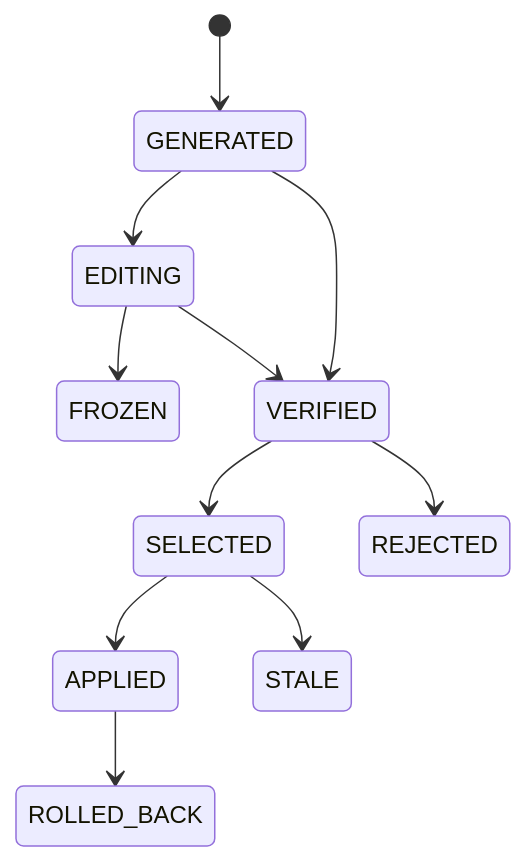
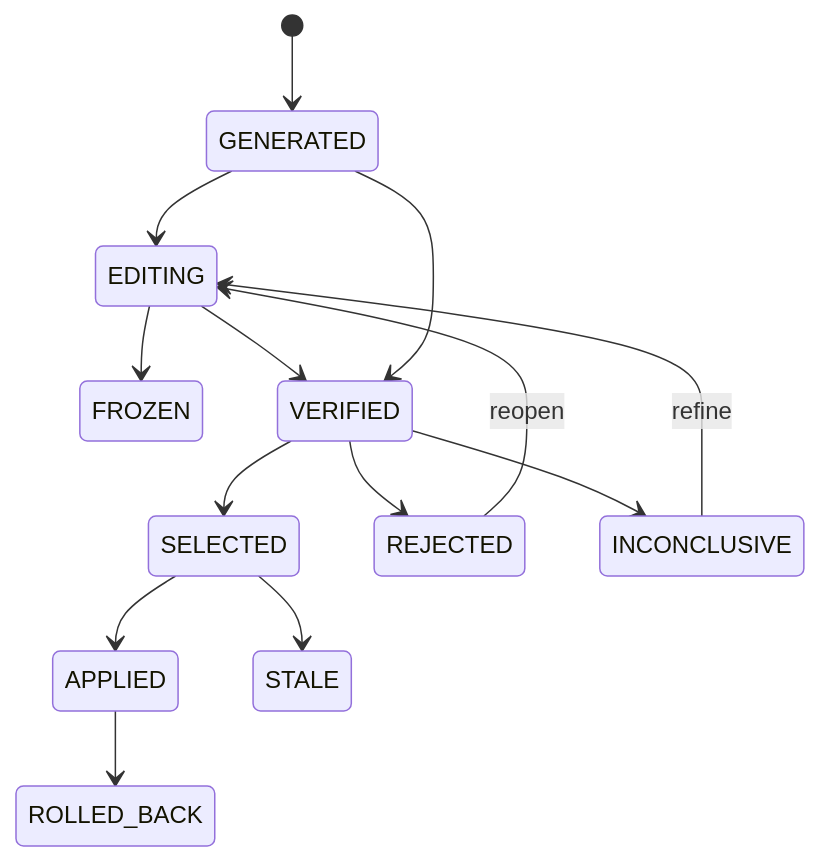
The diagram in docs/concepts/candidate-lifecycle.md (Duck755/Algocode), drawn with Mermaid before and after one commit. The commit also changed other lines of this file and 100 other files, not shown here.

````diff
--- a/docs/concepts/candidate-lifecycle.md
+++ b/docs/concepts/candidate-lifecycle.md
@@ -5,13 +5,16 @@
 ```mermaid
 stateDiagram-v2
     [*] --> GENERATED
     GENERATED --> EDITING
     EDITING --> FROZEN
     EDITING --> VERIFIED
     GENERATED --> VERIFIED
     VERIFIED --> SELECTED
     SELECTED --> APPLIED
     APPLIED --> ROLLED_BACK
     VERIFIED --> REJECTED
+    VERIFIED --> INCONCLUSIVE
+    REJECTED --> EDITING: reopen
+    INCONCLUSIVE --> EDITING: refine
     SELECTED --> STALE
 ```
````
